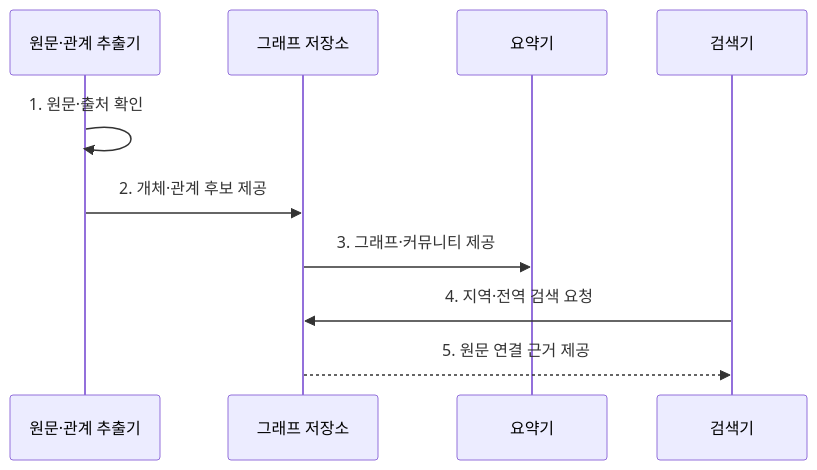
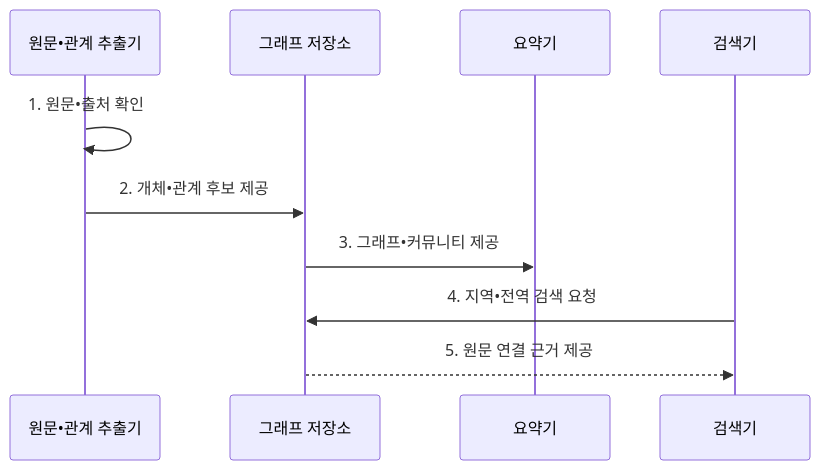
The second of 2 diagrams in src/content/docs/notes/08-latest-tech/072_graph_rag.md (agnusdei1207/knowledge-base), drawn with Mermaid before and after one commit. The commit also changed other lines of this file and 953 other files, not shown here.

````diff
--- a/src/content/docs/notes/08-latest-tech/072_graph_rag.md
+++ b/src/content/docs/notes/08-latest-tech/072_graph_rag.md
@@ -105,12 +105,12 @@
 ```mermaid
 sequenceDiagram
-  participant X as 원문·관계 추출기
+  participant X as 원문•관계 추출기
   participant G as 그래프 저장소
   participant C as 요약기
   participant R as 검색기
-  X->>X: 1. 원문·출처 확인
-  X->>G: 2. 개체·관계 후보 제공
-  G->>C: 3. 그래프·커뮤니티 제공
-  R->>G: 4. 지역·전역 검색 요청
+  X->>X: 1. 원문•출처 확인
+  X->>G: 2. 개체•관계 후보 제공
+  G->>C: 3. 그래프•커뮤니티 제공
+  R->>G: 4. 지역•전역 검색 요청
   G-->>R: 5. 원문 연결 근거 제공
 ```
````
